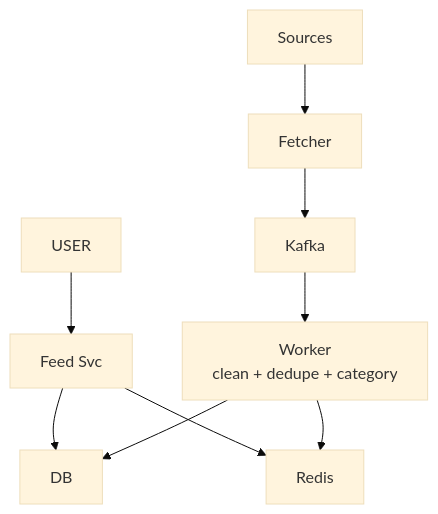
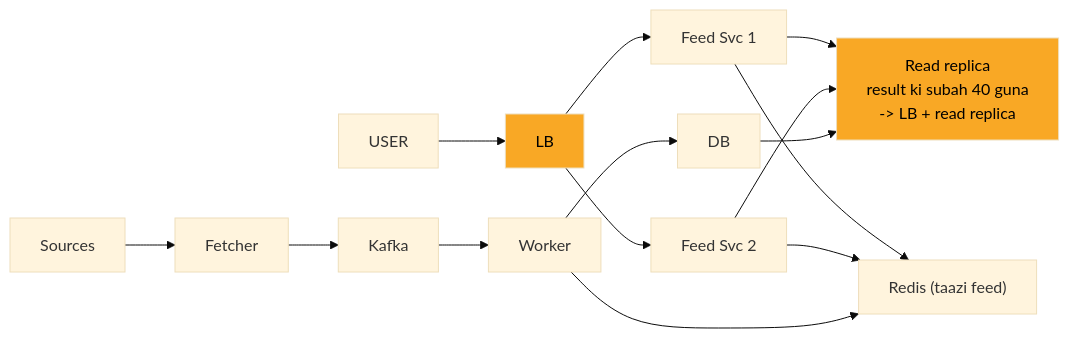
One commit to ArpanMaheshwari144/Prep changed the fourth of 11 diagrams in 04_HLD/SYSTEM_DESIGNS/08_news_aggregator/08_news_aggregator_INTERVIEW.md. Above: the diagram before and after it, drawn with Mermaid (base theme). The commit also changed other lines of this file and 2 other files, not shown here.

Commit message:
news, bookmyshow, cache: one-day story, short cards, follow-ups with rules, highlighted diagrams

````diff
--- a/04_HLD/SYSTEM_DESIGNS/08_news_aggregator/08_news_aggregator_INTERVIEW.md
+++ b/04_HLD/SYSTEM_DESIGNS/08_news_aggregator/08_news_aggregator_INTERVIEW.md
@@ -144,19 +152,29 @@
 ```mermaid
-flowchart TD
+flowchart LR
     n_USER["USER"]
-    n_Feed_Svc["Feed Svc"]
-    n_Redis["Redis"]
+    n_LB["LB"]
+    n_Feed_Svc_x_N_1["Feed Svc 1"]
+    n_Feed_Svc_x_N_2["Feed Svc 2"]
+    n_Redis["Redis (taazi feed)"]
+    n_Read_replica["Read replica<br/>result ki subah 40 guna<br/>-> LB + read replica"]
     n_DB["DB"]
-    n_Worker["Worker<br/>clean + dedupe + category"]
+    n_Worker["Worker"]
     n_Kafka["Kafka"]
     n_Fetcher["Fetcher"]
     n_Sources["Sources"]
-    n_USER --> n_Feed_Svc
-    n_Feed_Svc --> n_Redis
-    n_Feed_Svc --> n_DB
+    n_USER --> n_LB
+    n_LB --> n_Feed_Svc_x_N_1
+    n_LB --> n_Feed_Svc_x_N_2
+    n_Feed_Svc_x_N_1 --> n_Redis
+    n_Feed_Svc_x_N_2 --> n_Redis
+    n_Feed_Svc_x_N_1 --> n_Read_replica
+    n_Feed_Svc_x_N_2 --> n_Read_replica
+    n_DB --> n_Read_replica
     n_Worker --> n_DB
     n_Worker --> n_Redis
     n_Kafka --> n_Worker
     n_Fetcher --> n_Kafka
     n_Sources --> n_Fetcher
+    style n_LB fill:#f9a825,color:#000
+    style n_Read_replica fill:#f9a825,color:#000
 ```
````
